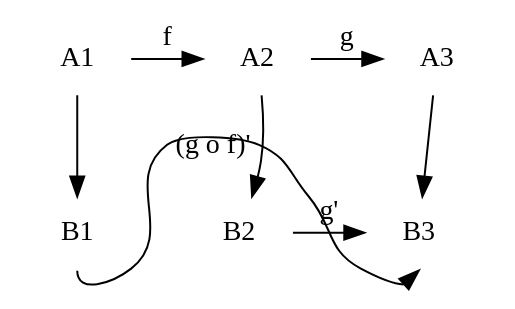
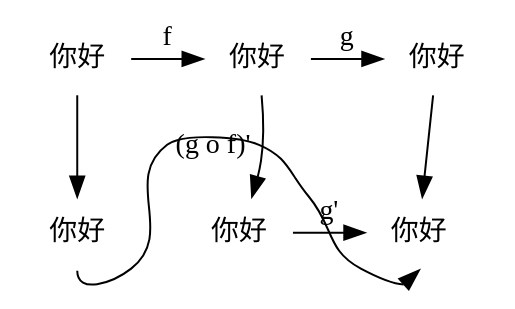
The diagram in examples/dg.dot (Qiu-Weidong/vscode-graphviz-extension), drawn with Graphviz before and after one commit. The commit also changed 18 other files, not shown here.

```diff
--- a/examples/dg.dot
+++ b/examples/dg.dot
@@ -1,14 +1,14 @@
 digraph g {
-	node [shape=plaintext];
+	node [shape=plaintext, label="你好"];
 	A1 -> B1;
 	A2 -> B2;
 	A3 -> B3;
 	
 	A1 -> A2 [label=f];
 	A2 -> A3 [label=g];
 	B2 -> B3 [label="g'"];
 	B1 -> B3 [label="(g o f)'" tailport=s headport=s];
 
 	{ rank=same; A1 A2 A3 }
 	{ rank=same; B1 B2 B3 } 
 }
```
